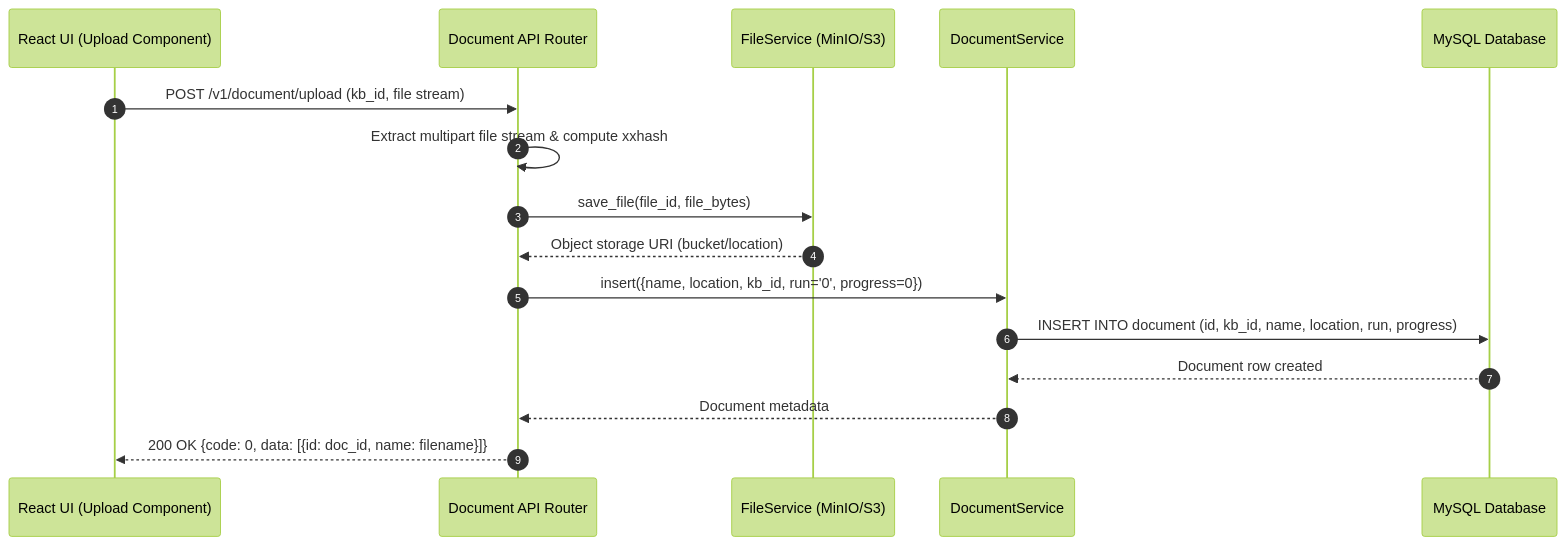
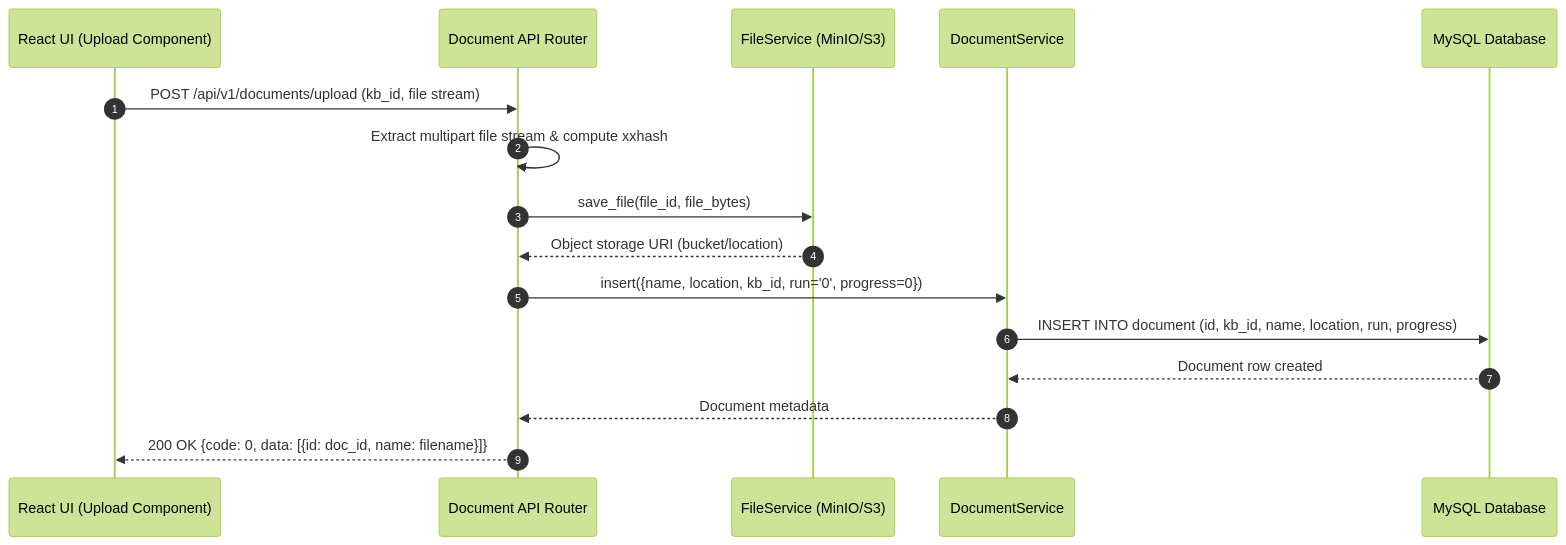
One commit to 6sLOGAN78/devRAG changed the diagram in ragflow-docs/21-end-to-end-flows/upload-document.md. Above: the diagram before and after it, drawn with Mermaid (forest theme). The commit also changed other lines of this file and 35 other files, not shown here.

````diff
--- a/ragflow-docs/21-end-to-end-flows/upload-document.md
+++ b/ragflow-docs/21-end-to-end-flows/upload-document.md
@@ -52,19 +52,19 @@
 ```mermaid
 sequenceDiagram
     autonumber
     participant UI as React UI (Upload Component)
     participant Route as Document API Router
     participant FileSvc as FileService (MinIO/S3)
     participant DocSvc as DocumentService
     participant DB as MySQL Database
 
-    UI->>Route: POST /v1/document/upload (kb_id, file stream)
+    UI->>Route: POST /api/v1/documents/upload (kb_id, file stream)
     Route->>Route: Extract multipart file stream & compute xxhash
     Route->>FileSvc: save_file(file_id, file_bytes)
     FileSvc-->>Route: Object storage URI (bucket/location)
     Route->>DocSvc: insert({name, location, kb_id, run='0', progress=0})
     DocSvc->>DB: INSERT INTO document (id, kb_id, name, location, run, progress)
     DB-->>DocSvc: Document row created
     DocSvc-->>Route: Document metadata
     Route-->>UI: 200 OK {code: 0, data: [{id: doc_id, name: filename}]}
 ```
````
